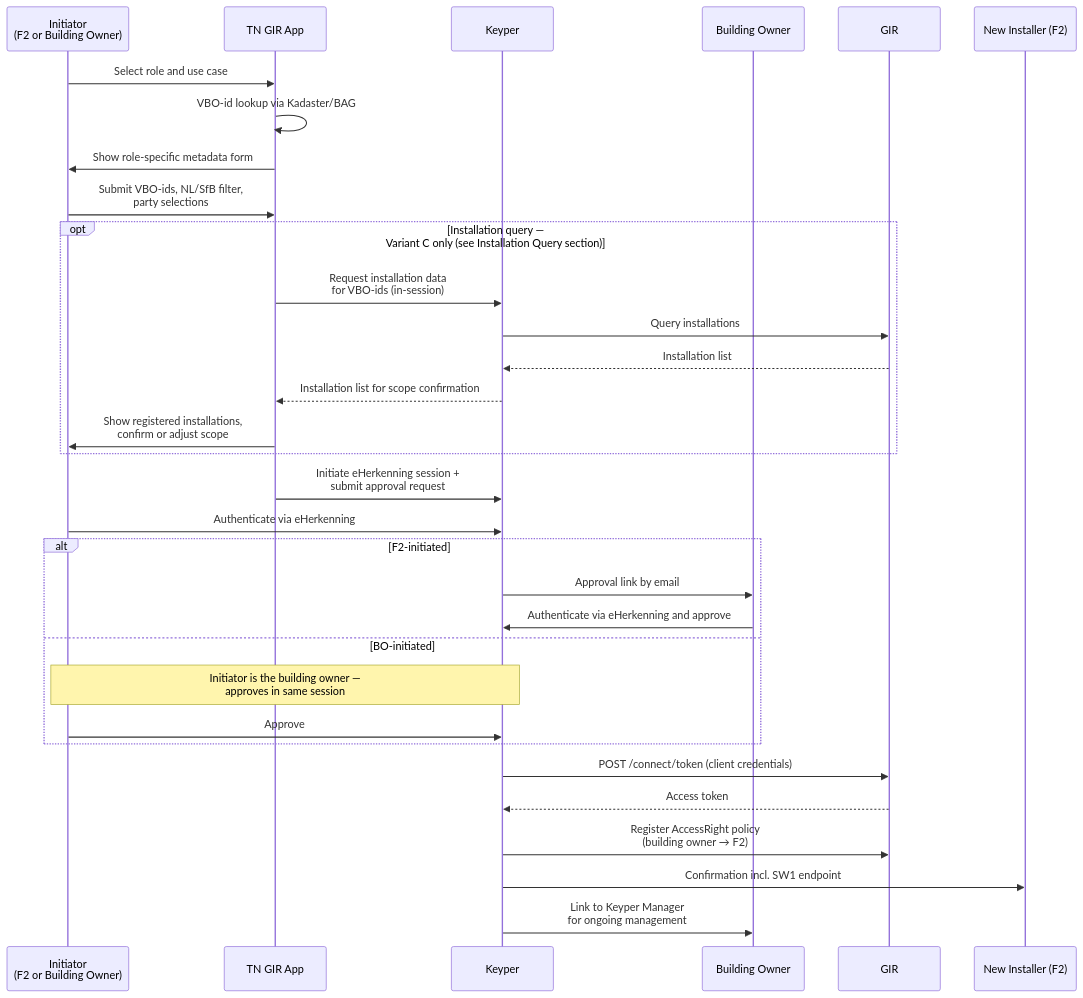
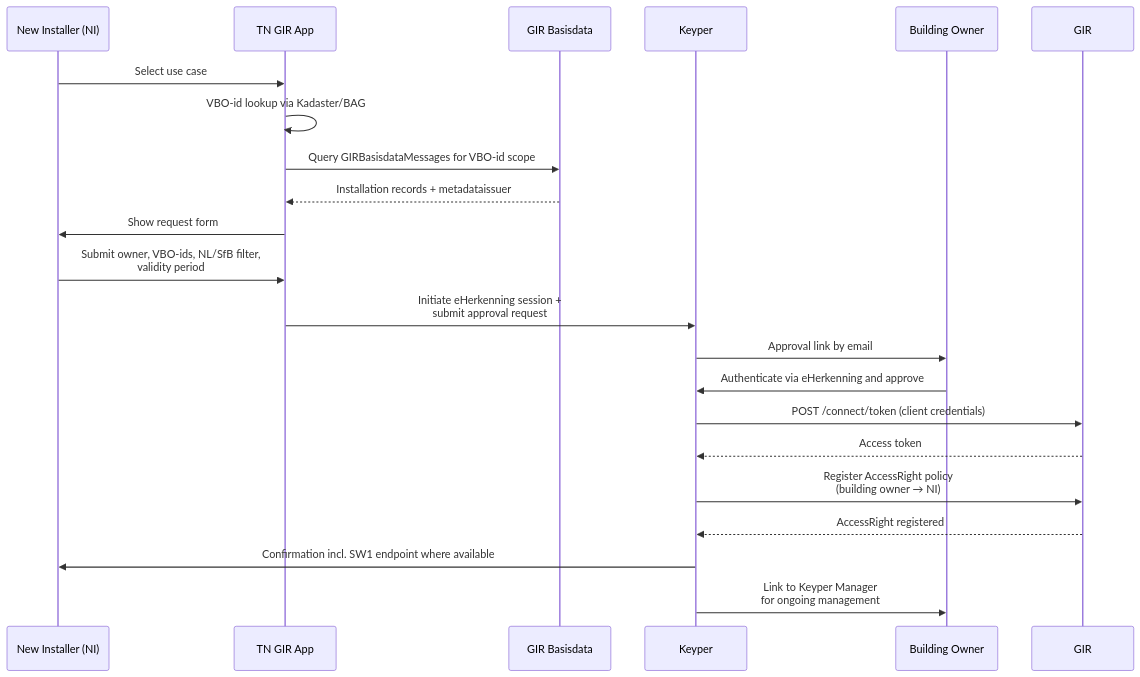
The second of 4 diagrams in gir/digitaal-onderhoudsboekje-flow.md (POORT8/Poort8.Docs), drawn with Mermaid before and after one commit. The commit also changed other lines of this file, not shown here.

Commit message:
Deploy gir docs: 16401f811270ef80c4cfe5ac709ec64a58c09528

````diff
--- a/gir/digitaal-onderhoudsboekje-flow.md
+++ b/gir/digitaal-onderhoudsboekje-flow.md
@@ -109,39 +96,27 @@
 ```mermaid
 sequenceDiagram
-    participant Initiator as Initiator<br/>(F2 or Building Owner)
+    participant NI as New Installer (NI)
     participant App as TN GIR App
+    participant GIRData as GIR Basisdata
     participant Keyper as Keyper
     participant Owner as Building Owner
     participant GIR as GIR
-    participant F2 as New Installer (F2)
 
-    Initiator->>App: Select role and use case
+    NI->>App: Select use case
     App->>App: VBO-id lookup via Kadaster/BAG
-    App->>Initiator: Show role-specific metadata form
-    Initiator->>App: Submit VBO-ids, NL/SfB filter,<br/>party selections
-
-    opt Installation query —<br/>Variant C only (see Installation Query section)
-        App->>Keyper: Request installation data<br/>for VBO-ids (in-session)
-        Keyper->>GIR: Query installations
-        GIR-->>Keyper: Installation list
-        Keyper-->>App: Installation list for scope confirmation
-        App->>Initiator: Show registered installations,<br/>confirm or adjust scope
-    end
+    App->>GIRData: Query GIRBasisdataMessages for VBO-id scope
+    GIRData-->>App: Installation records + metadataissuer
+    App->>NI: Show request form
+    NI->>App: Submit owner, VBO-ids, NL/SfB filter,<br/>validity period
 
     App->>Keyper: Initiate eHerkenning session +<br/>submit approval request
-    Initiator->>Keyper: Authenticate via eHerkenning
-
-    alt F2-initiated
-        Keyper->>Owner: Approval link by email
-        Owner->>Keyper: Authenticate via eHerkenning and approve
-    else BO-initiated
-        Note over Initiator,Keyper: Initiator is the building owner —<br/>approves in same session
-        Initiator->>Keyper: Approve
-    end
+    Keyper->>Owner: Approval link by email
+    Owner->>Keyper: Authenticate via eHerkenning and approve
 
     Keyper->>GIR: POST /connect/token (client credentials)
     GIR-->>Keyper: Access token
-    Keyper->>GIR: Register AccessRight policy<br/>(building owner → F2)
-    Keyper->>F2: Confirmation incl. SW1 endpoint
+    Keyper->>GIR: Register AccessRight policy<br/>(building owner → NI)
+    GIR-->>Keyper: AccessRight registered
+    Keyper->>NI: Confirmation incl. SW1 endpoint where available
     Keyper->>Owner: Link to Keyper Manager<br/>for ongoing management
 ```
````
